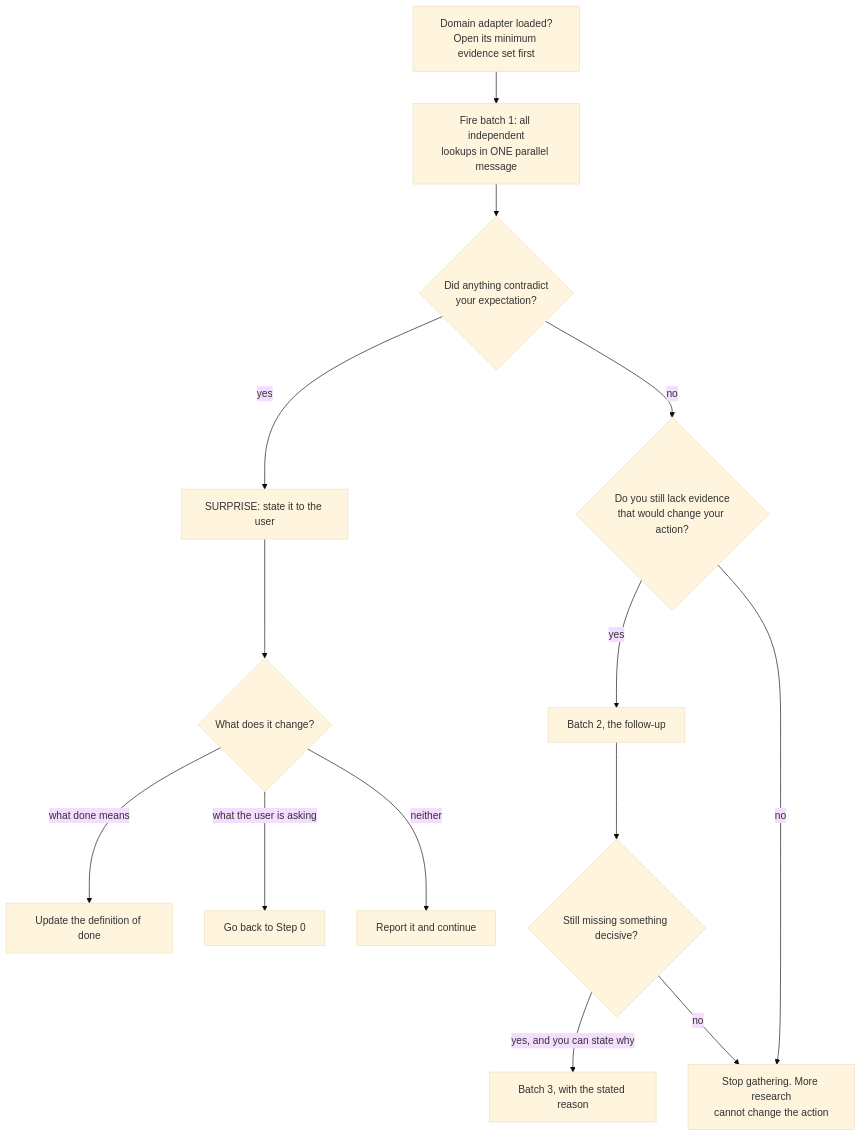
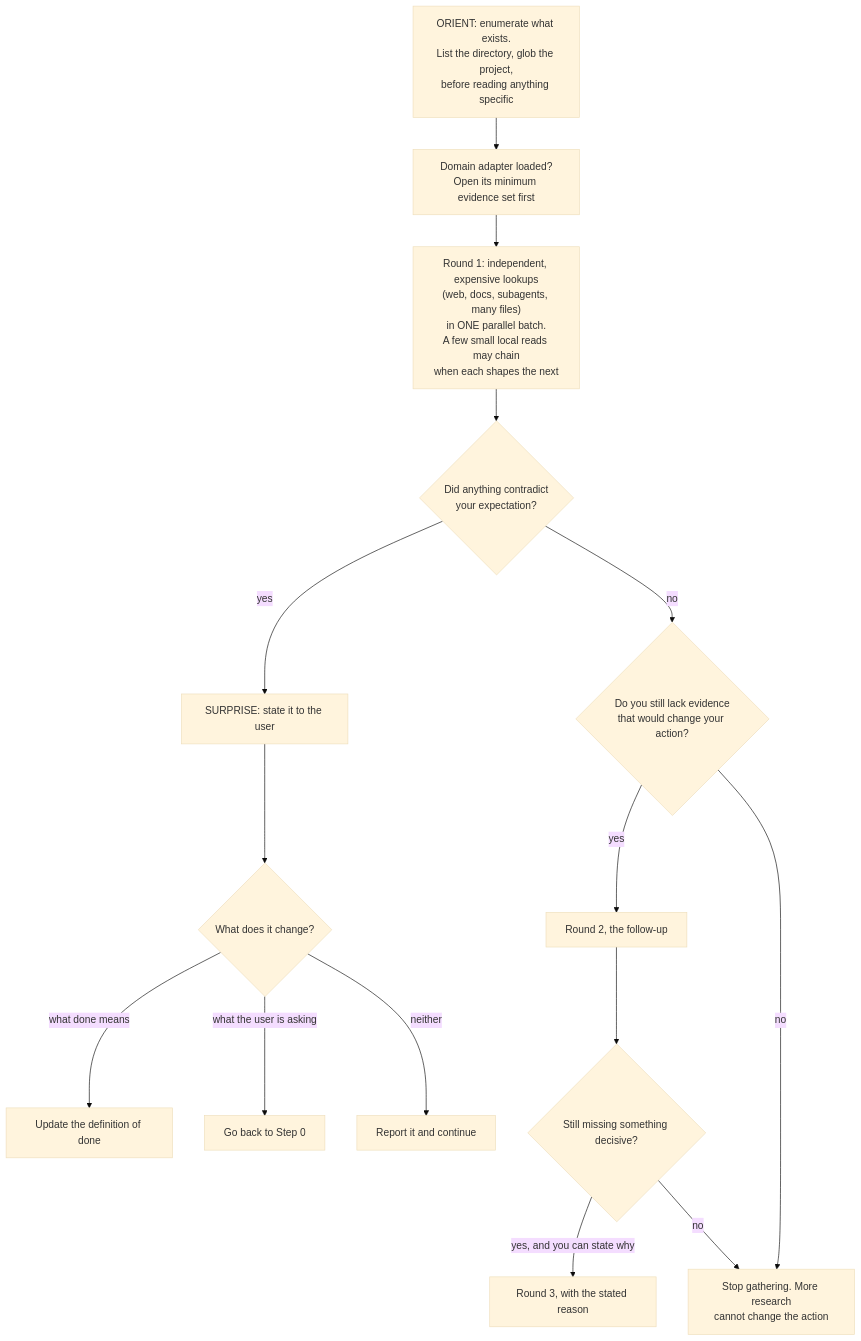
Before and after one commit to BrandonRhoders/fable-method: the third of 7 diagrams in skills/fable-method/references/flowcharts.md, drawn with Mermaid (base theme). The commit also changed other lines of this file and 4 other files, not shown here.

First line of the commit message:
Round 10: flowcharts validated against observed bare-Fable traces

````diff
--- a/skills/fable-method/references/flowcharts.md
+++ b/skills/fable-method/references/flowcharts.md
@@ -41,16 +41,17 @@
 ```mermaid
 flowchart TD
-    S["Domain adapter loaded?<br/>Open its minimum evidence set first"] --> B1["Fire batch 1: all independent<br/>lookups in ONE parallel message"]
+    O["ORIENT: enumerate what exists.<br/>List the directory, glob the project,<br/>before reading anything specific"] --> S["Domain adapter loaded?<br/>Open its minimum evidence set first"]
+    S --> B1["Round 1: independent, expensive lookups<br/>(web, docs, subagents, many files)<br/>in ONE parallel batch.<br/>A few small local reads may chain<br/>when each shapes the next"]
     B1 --> N1{"Did anything contradict<br/>your expectation?"}
     N1 -->|yes| SUR["SURPRISE: state it to the user"]
     SUR --> R{"What does it change?"}
     R -->|"what done means"| U1["Update the definition of done"]
     R -->|"what the user is asking"| U0["Go back to Step 0"]
     R -->|neither| CONT["Report it and continue"]
     N1 -->|no| N2{"Do you still lack evidence<br/>that would change your action?"}
-    N2 -->|yes| B2["Batch 2, the follow-up"]
+    N2 -->|yes| B2["Round 2, the follow-up"]
     N2 -->|no| DONE["Stop gathering. More research<br/>cannot change the action"]
     B2 --> N3{"Still missing something decisive?"}
-    N3 -->|"yes, and you can state why"| B3["Batch 3, with the stated reason"]
+    N3 -->|"yes, and you can state why"| B3["Round 3, with the stated reason"]
     N3 -->|no| DONE
 ```
````
